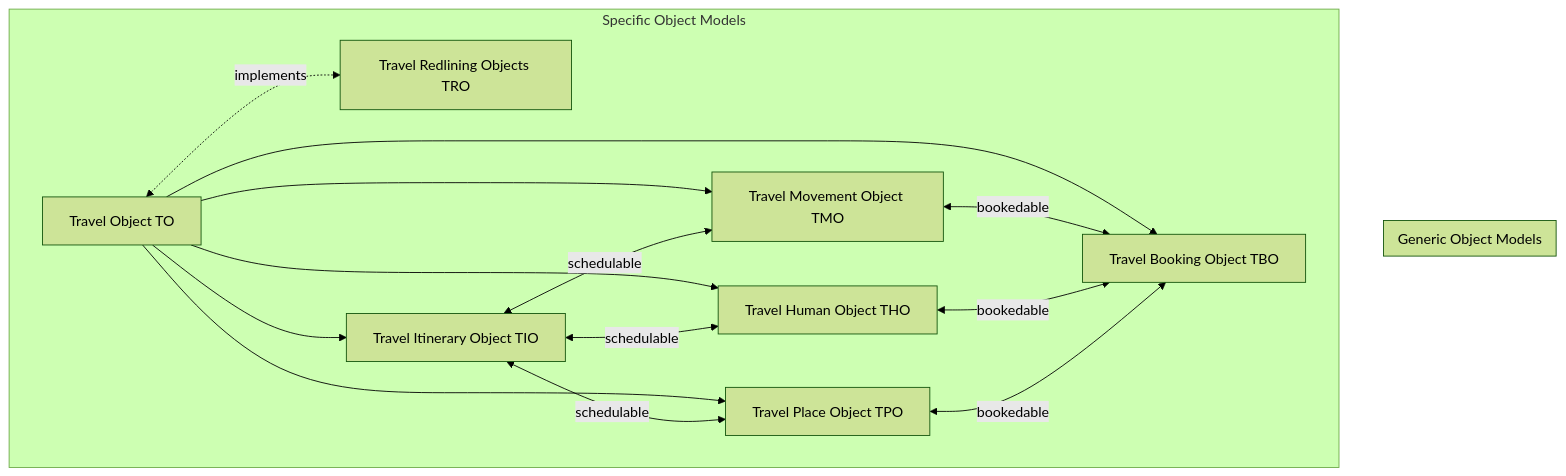
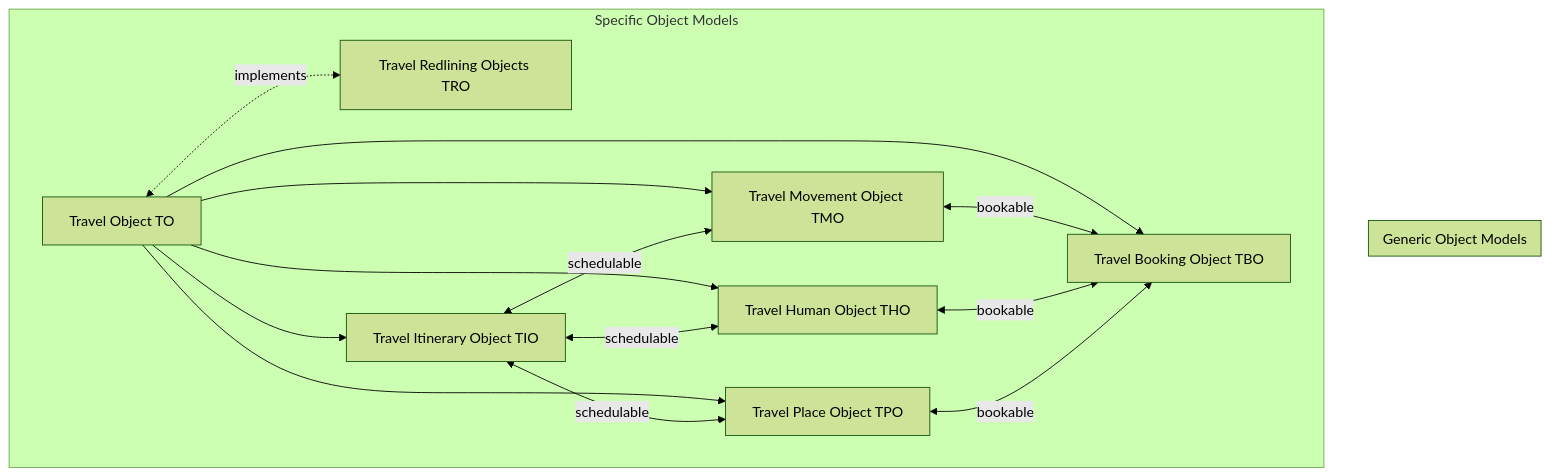
Before and after one commit to OSSTRA/TXDM: the second of 2 diagrams in README.md, drawn with Mermaid (forest theme).

````diff
--- a/README.md
+++ b/README.md
@@ -45,27 +45,27 @@
 ```mermaid
 graph TD;
     subgraph Generic Object Models;
     end;
     subgraph Specific Object Models;
     BASE[Travel Object TO];
     BASE<-. implements .->TRO[Travel Redlining Objects TRO];
     BASE-->TIO[Travel Itinerary Object TIO];
     BASE-->TPO[Travel Place Object TPO];
     BASE-->TMO[Travel Movement Object TMO];
     BASE-->THO[Travel Human Object THO]
     BASE-->TBO[Travel Booking Object TBO]
     TIO<-- schedulable-->TPO;
     TIO<-- schedulable-->TMO;
     TIO<-- schedulable-->THO;
-    TMO<-- bookedable -->TBO;
-    THO<-- bookedable -->TBO;
-    TPO<-- bookedable -->TBO;
+    TMO<-- bookable -->TBO;
+    THO<-- bookable -->TBO;
+    TPO<-- bookable -->TBO;
     end;
     click BASE "https://github.com/OSSTRA/TXDM/blob/main/Travel%20Object%20TO.md"
     click TRO "https://github.com/OSSTRA/TXDM/blob/main/Travel%20Redlining%20Objects%20(TRO).md"
     click TIO "https://github.com/OSSTRA/TXDM/blob/main/Travel%20Itinerary%20Objects%20(TIO).md"
     click TPO "https://github.com/OSSTRA/TXDM/blob/main/Travel%20Place%20Objects%20(TPO).md"
     click TMO "https://github.com/OSSTRA/TXDM/blob/main/Travel%20Movement%20Objects%20(TMO).md"
     click THO "https://github.com/OSSTRA/TXDM/blob/main/Travel%20Human%20Objects%20(THO)"
     click TBO "https://github.com/OSSTRA/TXDM/blob/main/Travel%20Booking%20Objects%20(TBO).md"
 ```
````
